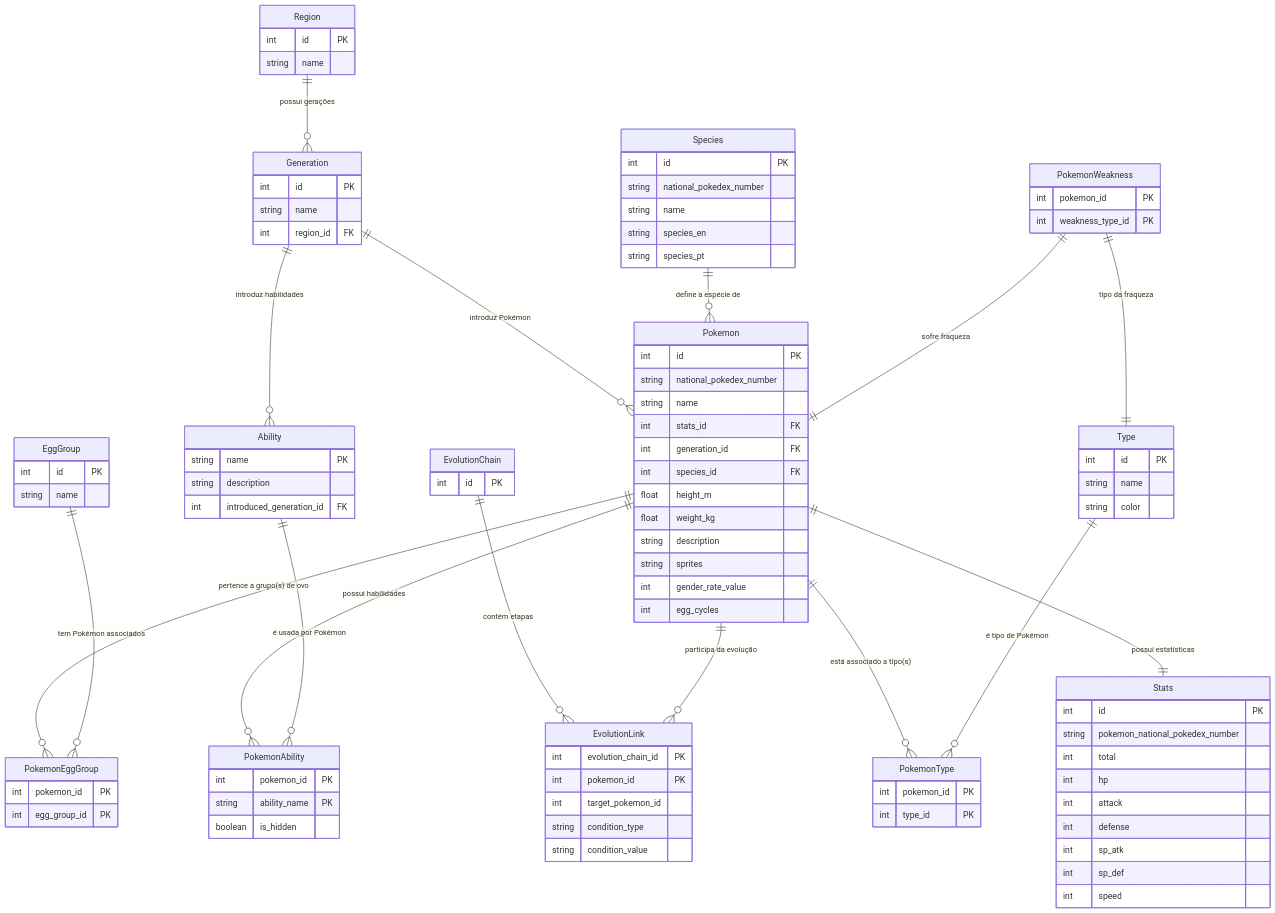
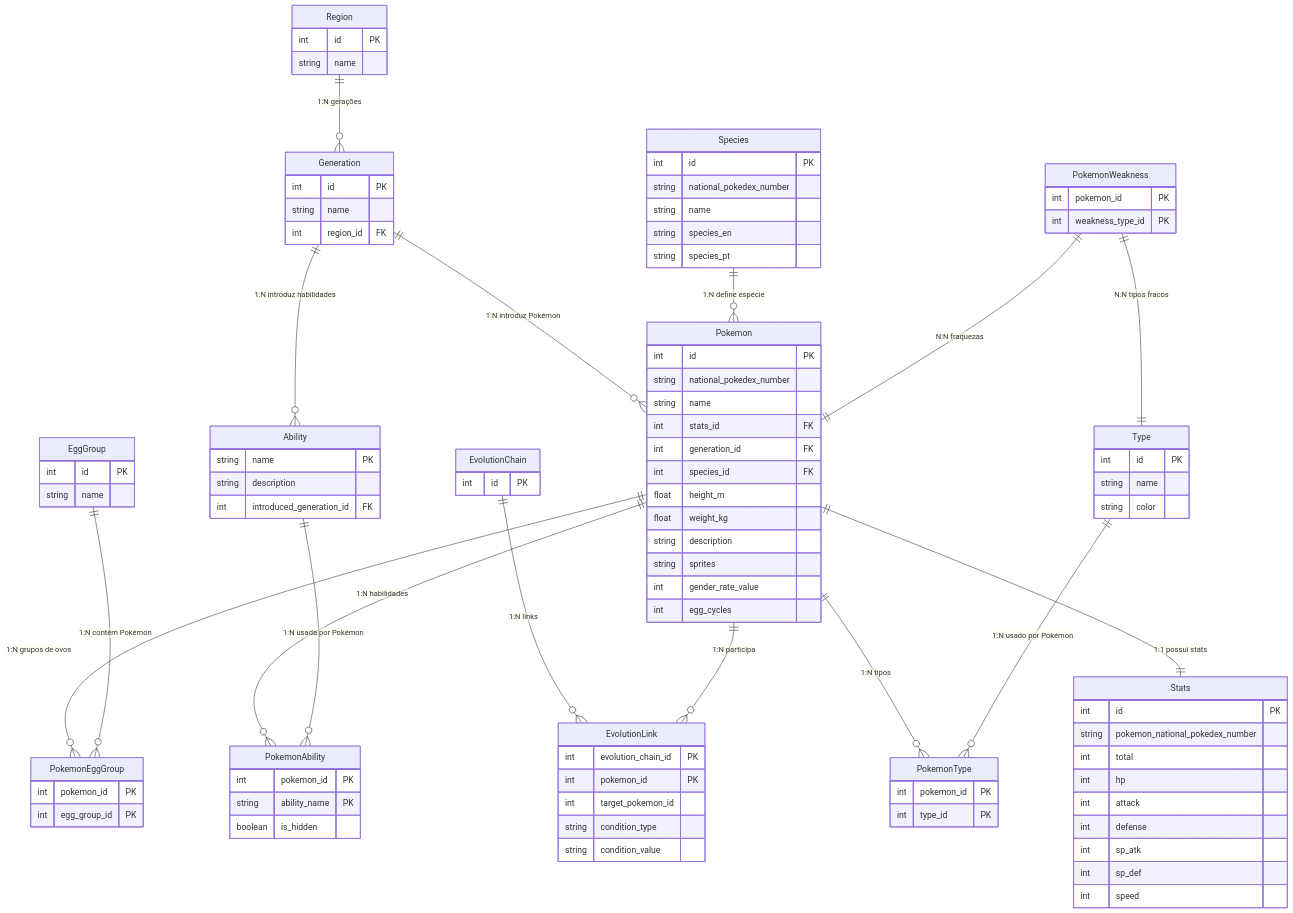
Before and after one commit to lucabelezal/pokedex-bff: the diagram in doc/pokedex_db_info.md, drawn with Mermaid.

Commit message:
chore: atualiza a doc

````diff
--- a/doc/pokedex_db_info.md
+++ b/doc/pokedex_db_info.md
@@ -317,20 +317,19 @@
     %% RELACIONAMENTOS
     %% -------------------------
 
-    Region ||--o{ Generation : "possui gerações"
-    Generation ||--o{ Pokemon : "introduz Pokémon"
-    Generation ||--o{ Ability : "introduz habilidades"
-    Species ||--o{ Pokemon : "define a espécie de"
-    Pokemon ||--|| Stats : "possui estatísticas"
-    Pokemon ||--o{ PokemonType : "está associado a tipo(s)"
-    Type ||--o{ PokemonType : "é tipo de Pokémon"
-    Pokemon ||--o{ PokemonAbility : "possui habilidades"
-    Ability ||--o{ PokemonAbility : "é usada por Pokémon"
-    Pokemon ||--o{ PokemonEggGroup : "pertence a grupo(s) de ovo"
-    EggGroup ||--o{ PokemonEggGroup : "tem Pokémon associados"
-    EvolutionChain ||--o{ EvolutionLink : "contém etapas"
-    Pokemon ||--o{ EvolutionLink : "participa da evolução"
-    PokemonWeakness ||--|| Pokemon : "sofre fraqueza"
-    PokemonWeakness ||--|| Type : "tipo da fraqueza"
-
+    Region ||--o{ Generation : "1:N gerações"
+    Generation ||--o{ Pokemon : "1:N introduz Pokémon"
+    Generation ||--o{ Ability : "1:N introduz habilidades"
+    Species ||--o{ Pokemon : "1:N define espécie"
+    Pokemon ||--|| Stats : "1:1 possui stats"
+    Pokemon ||--o{ PokemonType : "1:N tipos"
+    Type ||--o{ PokemonType : "1:N usado por Pokémon"
+    Pokemon ||--o{ PokemonAbility : "1:N habilidades"
+    Ability ||--o{ PokemonAbility : "1:N usada por Pokémon"
+    Pokemon ||--o{ PokemonEggGroup : "1:N grupos de ovos"
+    EggGroup ||--o{ PokemonEggGroup : "1:N contém Pokémon"
+    EvolutionChain ||--o{ EvolutionLink : "1:N links"
+    Pokemon ||--o{ EvolutionLink : "1:N participa"
+    PokemonWeakness ||--|| Pokemon : "N:N fraquezas"
+    PokemonWeakness ||--|| Type : "N:N tipos fracos"
 ```
````
